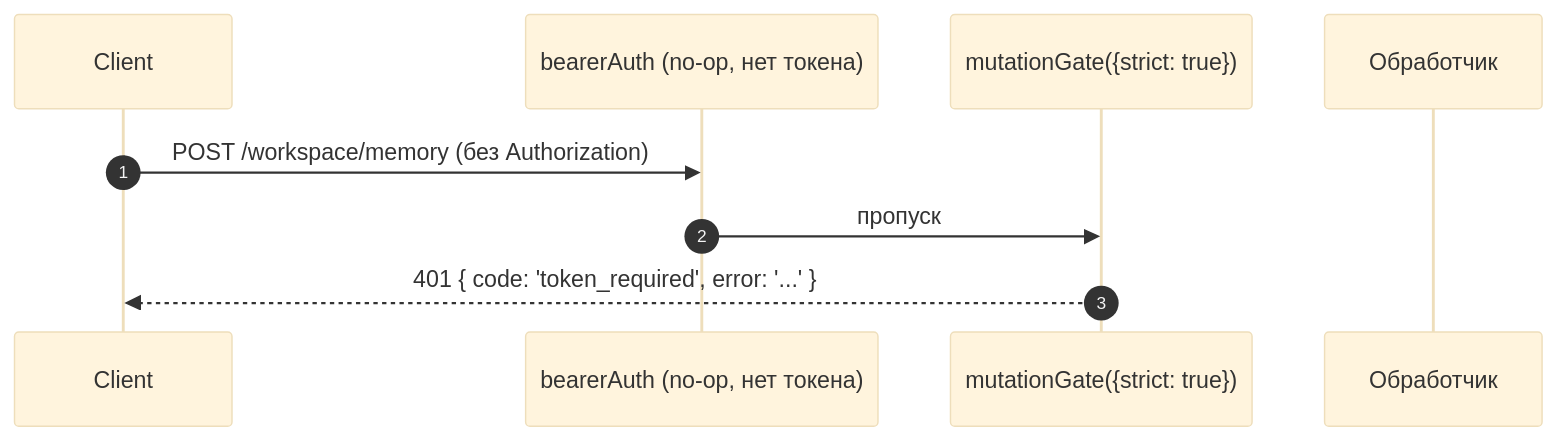
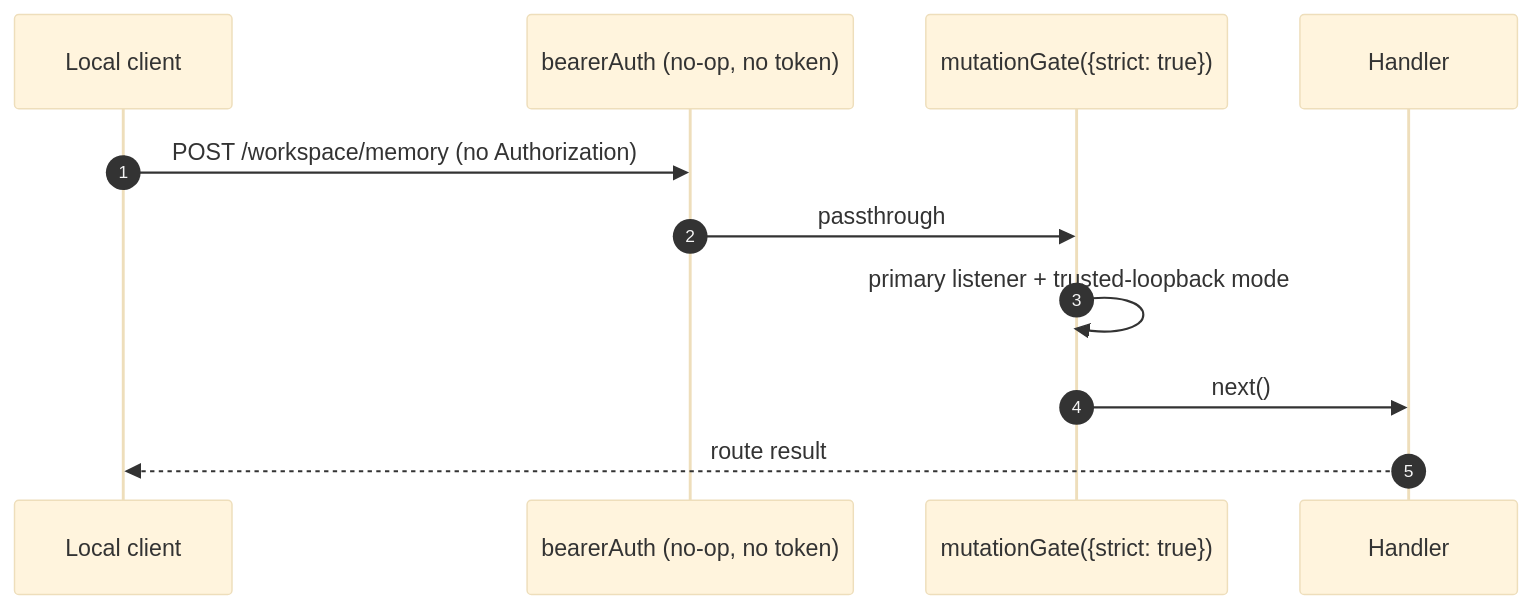
The fourth of 4 diagrams in website/content/ru/developers/daemon/12-auth-security.md (QwenLM/qwen-code-docs), drawn with Mermaid (base theme) before and after one commit. The commit also changed other lines of this file and 70 other files, not shown here.

````diff
--- a/website/content/ru/developers/daemon/12-auth-security.md
+++ b/website/content/ru/developers/daemon/12-auth-security.md
@@ -234,12 +248,14 @@
 ```mermaid
 sequenceDiagram
     autonumber
-    participant C as Client
-    participant BA as bearerAuth (no-op, нет токена)
+    participant C as Local client
+    participant BA as bearerAuth (no-op, no token)
     participant MG as mutationGate({strict: true})
-    participant R as Обработчик
+    participant R as Handler
 
-    C->>BA: POST /workspace/memory (без Authorization)
-    BA->>MG: пропуск
-    MG-->>C: 401 { code: 'token_required', error: '...' }
+    C->>BA: POST /workspace/memory (no Authorization)
+    BA->>MG: passthrough
+    MG->>MG: primary listener + trusted-loopback mode
+    MG->>R: next()
+    R-->>C: route result
 ```
````
